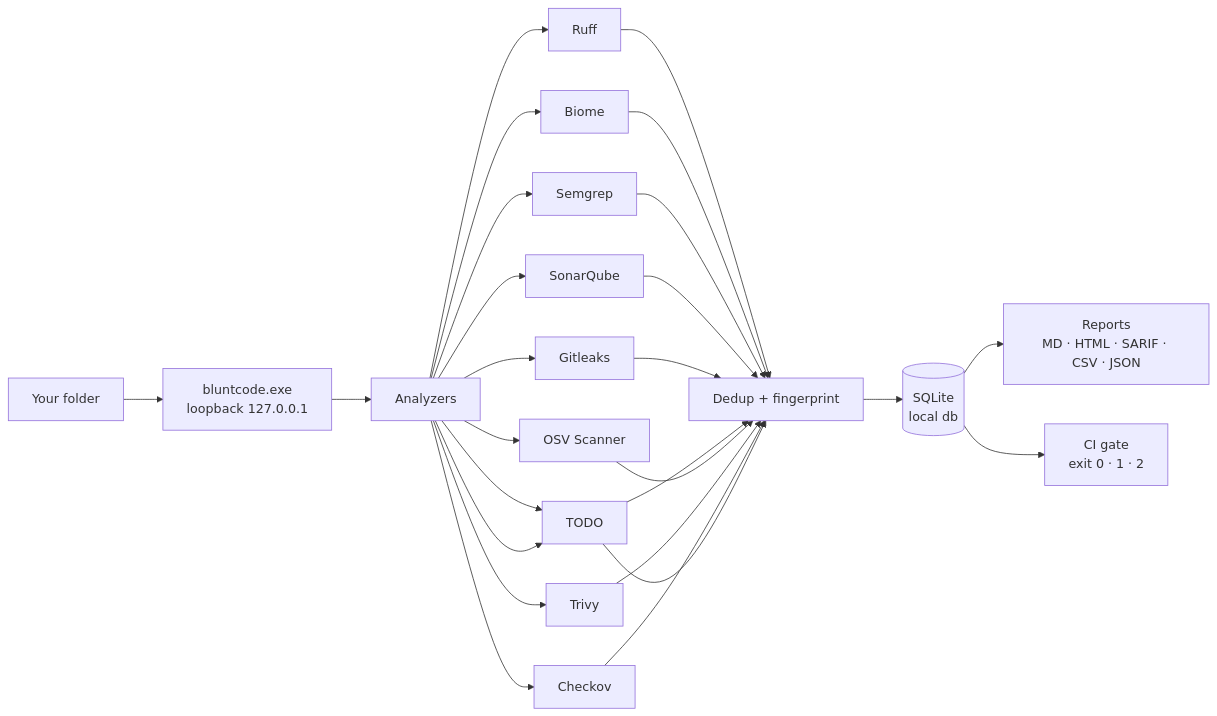
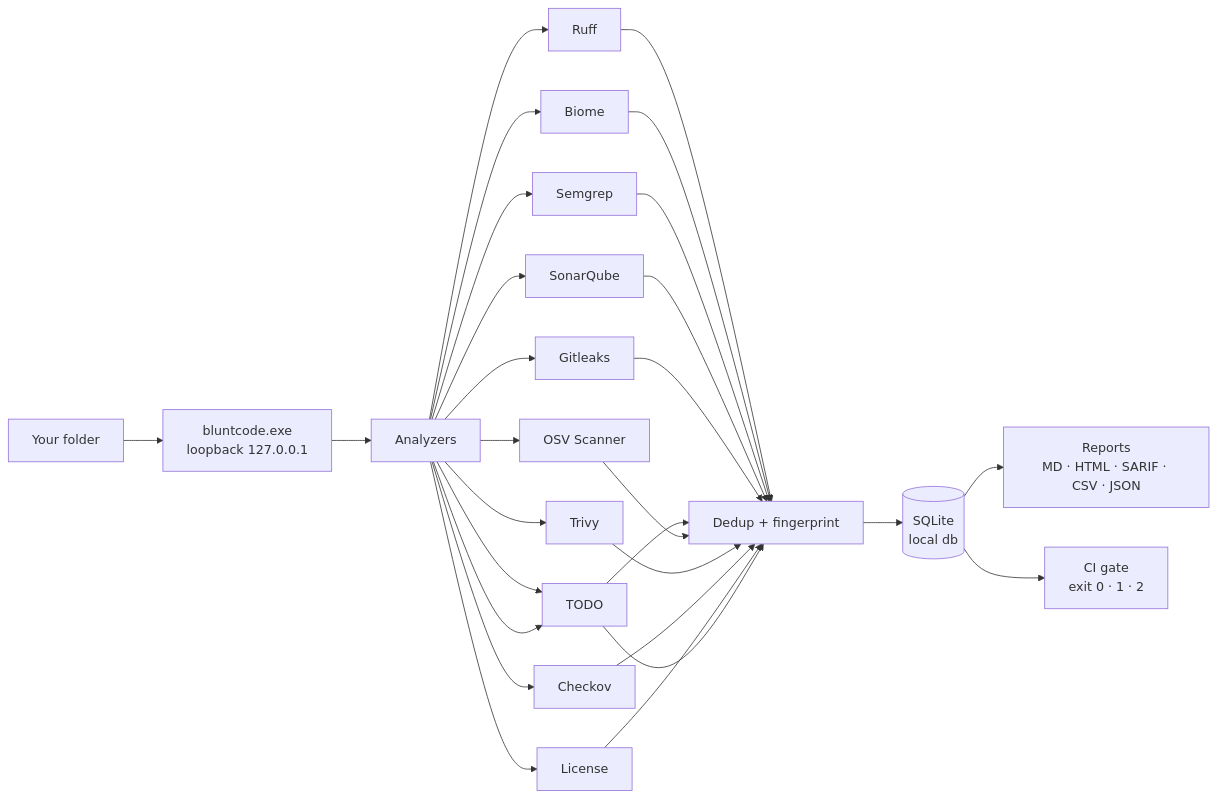
One commit to sanketpatel32/Blunt-code changed the diagram in README.md. Above: the diagram before and after it, drawn with Mermaid. The commit also changed other lines of this file and 12 other files, not shown here.

````diff
--- a/README.md
+++ b/README.md
@@ -40,28 +40,30 @@
 ```mermaid
 flowchart LR
     A["Your folder"] --> B["bluntcode.exe<br>loopback 127.0.0.1"]
     B --> C["Analyzers"]
     C --> D1["Ruff"]
     C --> D2["Biome"]
     C --> D3["Semgrep"]
     C --> D4["SonarQube"]
     C --> D5["Gitleaks"]
     C --> D6["Secrets"]
     C --> D7["OSV Scanner"]
     C --> D8["Trivy"]
     C --> D9["Checkov"]
+    C --> D10["License"]
     C --> D6["TODO"]
     D1 --> E["Dedup + fingerprint"]
     D2 --> E
     D3 --> E
     D4 --> E
     D5 --> E
     D6 --> E
     D7 --> E
     D8 --> E
     D9 --> E
+    D10 --> E
     D6 --> E
     E --> F[("SQLite<br>local db")]
     F --> G["Reports<br>MD · HTML · SARIF · CSV · JSON"]
     F --> H["CI gate<br>exit 0 · 1 · 2"]
 ```
````
